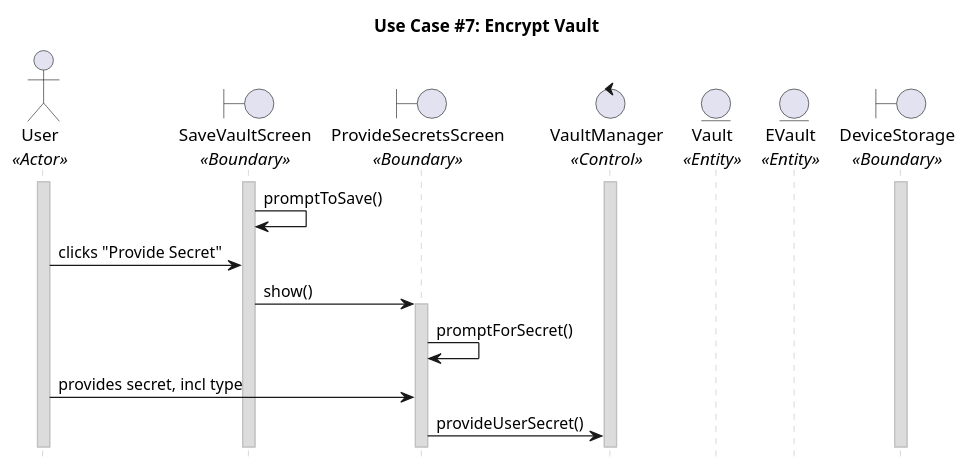
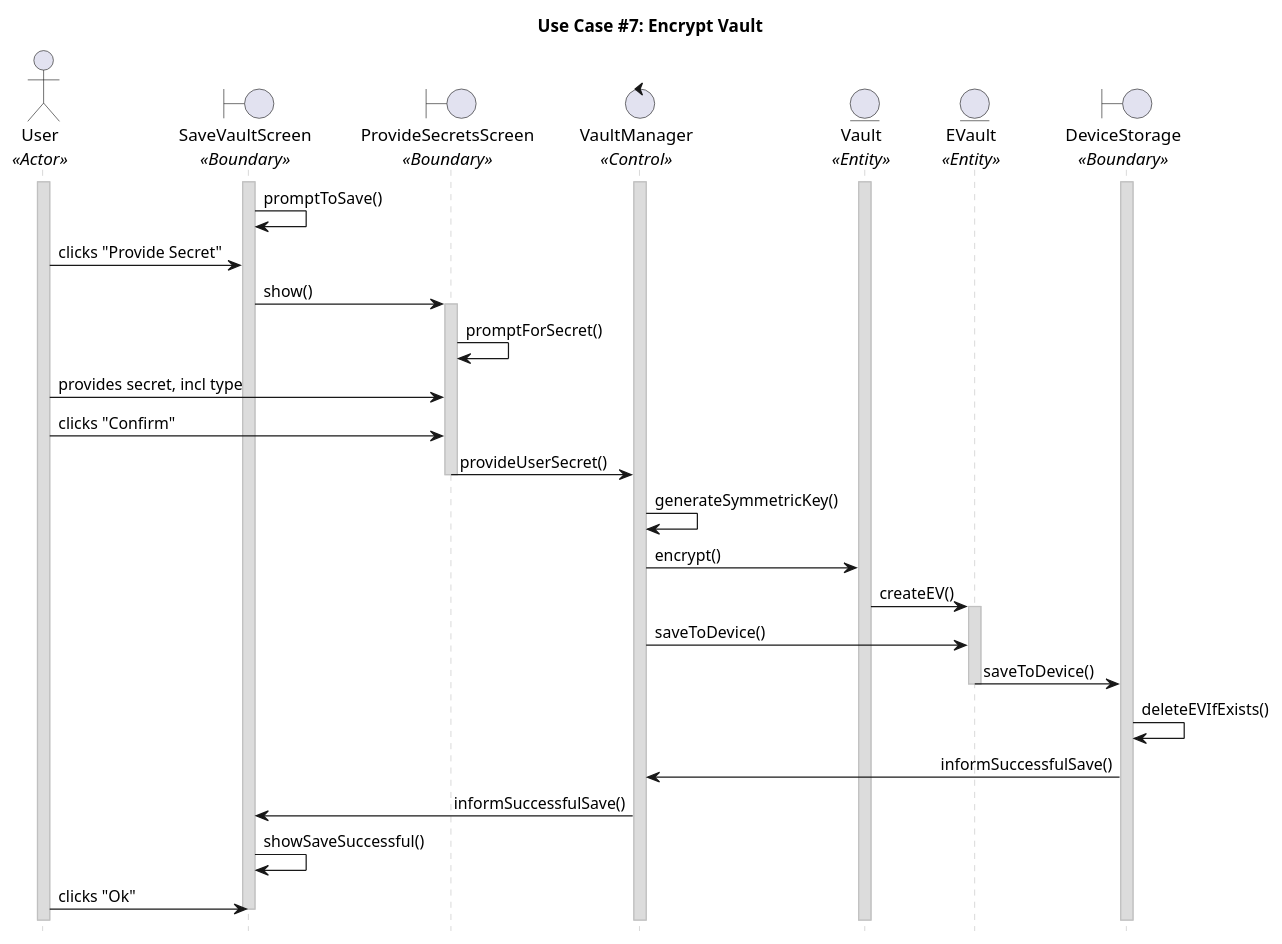
Before and after one commit to CECS-491-SP24-Group-1/seq-diagrams: the diagram in uc_07.puml, drawn with PlantUML.

Commit message:
Finish use case 7

```diff
--- a/uc_07.puml
+++ b/uc_07.puml
@@ -1,49 +1,70 @@
 @startuml uc07
 title "Use Case #7: Encrypt Vault"
 
 'Styling goes here
 hide footbox
 skinparam stereotypePosition bottom
 skinparam sequenceMessageAlign direction
 skinparam sequence {
 	LifeLineBorderColor #Silver
 	LifeLineBackgroundColor #Gainsboro
 }
 
 'Setup the objects involved here
 actor User as u <<Actor>>
 boundary SaveVaultScreen as svs <<Boundary>>
 boundary ProvideSecretsScreen as pss <<Boundary>>
 control VaultManager as vm <<Control>>
 entity Vault as v <<Entity>>
 entity EVault as ev <<Entity>>
 boundary DeviceStorage as ds <<Boundary>>
 
 'Setup persistent objects here
 activate u
 activate vm
 activate ds
-
+activate v
 
 '--- FLOW OF CONTROL STARTS HERE ---
 'The user makes a change to the vault in some way.
 'The user is prompted to provide a secret; can differ from the one previously provided.
 activate svs
 svs -> svs: promptToSave()
 u -> svs: clicks "Provide Secret"
 svs -> pss: show()
 activate pss
 pss -> pss: promptForSecret()
 
 'The user provides a secret to encrypt the vault with.
 u -> pss: provides secret, incl type
+u -> pss: clicks "Confirm"
 pss -> vm: provideUserSecret()
+deactivate pss
 
+'The device transforms the secret into an equivalent symmetric key.
+vm -> vm: generateSymmetricKey()
 
+'The symmetric key is used to encrypt the contents of the vault.
+vm -> v: encrypt()
+v -> ev: createEV()
+activate ev
 
+'The encrypted vault is saved to local device storage.
+vm -> ev: saveToDevice()
+ev -> ds: saveToDevice()
+deactivate ev
 
+'The old vault is deleted, if one already exists.
+ds -> ds: deleteEVIfExists()
+
+'Cleanup
+ds -> vm: informSuccessfulSave()
+vm -> svs: informSuccessfulSave()
+svs -> svs: showSaveSuccessful()
+u -> svs: clicks "Ok"
+deactivate svs
 
 
 '--- FLOW OF CONTROL ENDS HERE   ---
 
 @enduml
```
